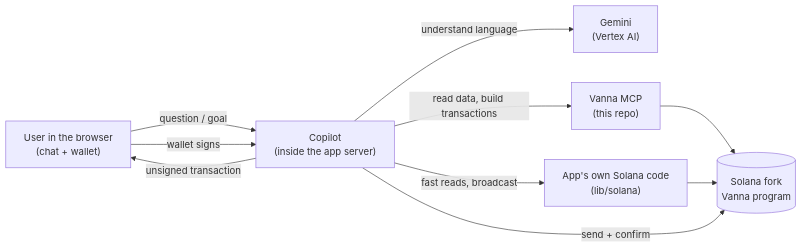
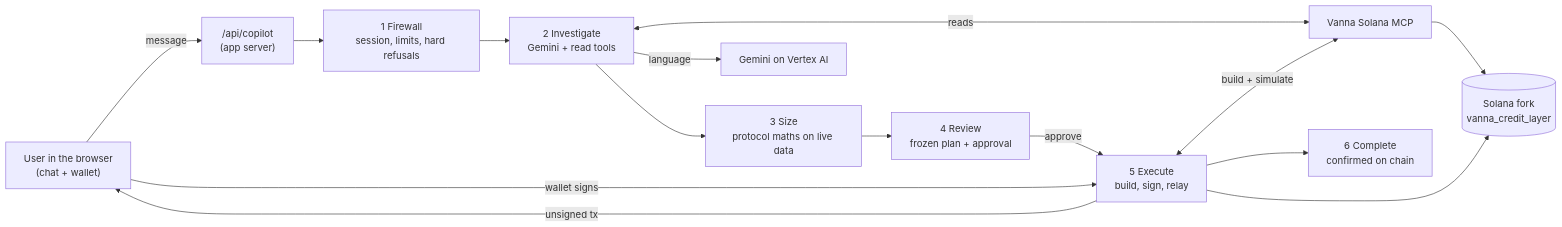
One commit to vannafinance/vanna-credit-backend changed the diagram in docs/copilot/COPILOT_ARCHITECTURE.md. Above: the diagram before and after it, drawn with Mermaid. The commit also changed other lines of this file, not shown here.

Commit message:
Docs: Copilot architecture as it works (stages, Gemini investigation, sizing, protocol maths)

````diff
--- a/docs/copilot/COPILOT_ARCHITECTURE.md
+++ b/docs/copilot/COPILOT_ARCHITECTURE.md
@@ -31,12 +34,17 @@
 ```mermaid
 flowchart LR
-  U["User in the browser<br/>(chat + wallet)"] -->|question / goal| C["Copilot<br/>(inside the app server)"]
-  C -->|understand language| G["Gemini<br/>(Vertex AI)"]
-  C -->|read data, build transactions| M["Vanna MCP<br/>(this repo)"]
-  C -->|fast reads, broadcast| A["App's own Solana code<br/>(lib/solana)"]
-  M --> F[("Solana fork<br/>Vanna program")]
-  A --> F
-  C -->|unsigned transaction| U
-  U -->|wallet signs| C
-  C -->|send + confirm| F
+  U["User in the browser<br/>(chat + wallet)"] -->|message| R["/api/copilot<br/>(app server)"]
+  R --> F["1 Firewall<br/>session, limits, hard refusals"]
+  F --> I["2 Investigate<br/>Gemini + read tools"]
+  I <-->|reads| M["Vanna Solana MCP"]
+  I --> Z["3 Size<br/>protocol maths on live data"]
+  Z --> V["4 Review<br/>frozen plan + approval"]
+  V -->|approve| E["5 Execute<br/>build, sign, relay"]
+  E <-->|build + simulate| M
+  E -->|unsigned tx| U
+  U -->|wallet signs| E
+  E --> C["6 Complete<br/>confirmed on chain"]
+  M --> CH[("Solana fork<br/>vanna_credit_layer")]
+  E --> CH
+  I -->|language| G["Gemini on Vertex AI"]
 ```
````
